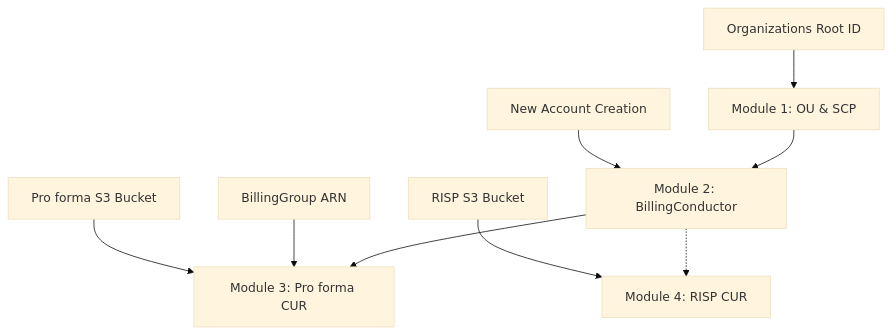
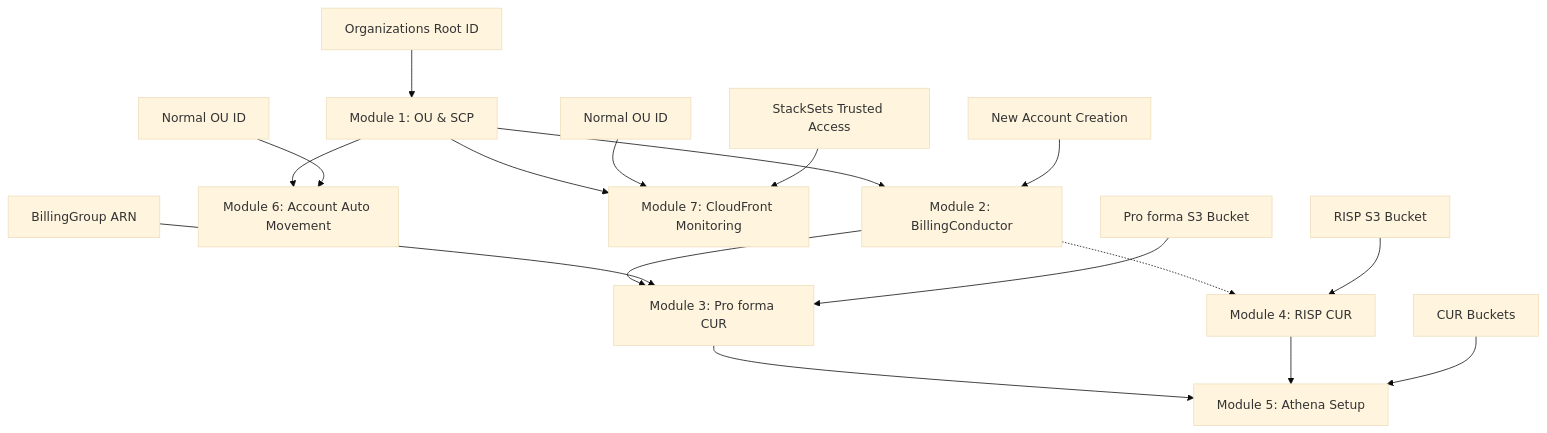
One commit to miaodi2002/payer-setup changed the diagram in aws-payer-automation/docs/deployment-guide.md. Above: the diagram before and after it, drawn with Mermaid (base theme). The commit also changed other lines of this file and 1 other file, not shown here.

First line of the commit message:
feat: Add Module 7 support to one-click deployment

````diff
--- a/aws-payer-automation/docs/deployment-guide.md
+++ b/aws-payer-automation/docs/deployment-guide.md
@@ -11,13 +11,21 @@
 ```mermaid
 graph TD
     A[Module 1: OU & SCP] --> B[Module 2: BillingConductor]
     B --> C[Module 3: Pro forma CUR]
     B -.-> D[Module 4: RISP CUR]
+    C --> E[Module 5: Athena Setup]
+    D --> E
+    A --> F[Module 6: Account Auto Movement]
+    A --> G[Module 7: CloudFront Monitoring]
     
     A1[Organizations Root ID] --> A
     B1[New Account Creation] --> B
     B2[BillingGroup ARN] --> C
     
     C1[Pro forma S3 Bucket] --> C
     D1[RISP S3 Bucket] --> D
+    E1[CUR Buckets] --> E
+    F1[Normal OU ID] --> F
+    G1[Normal OU ID] --> G
+    G2[StackSets Trusted Access] --> G
 ```
````
